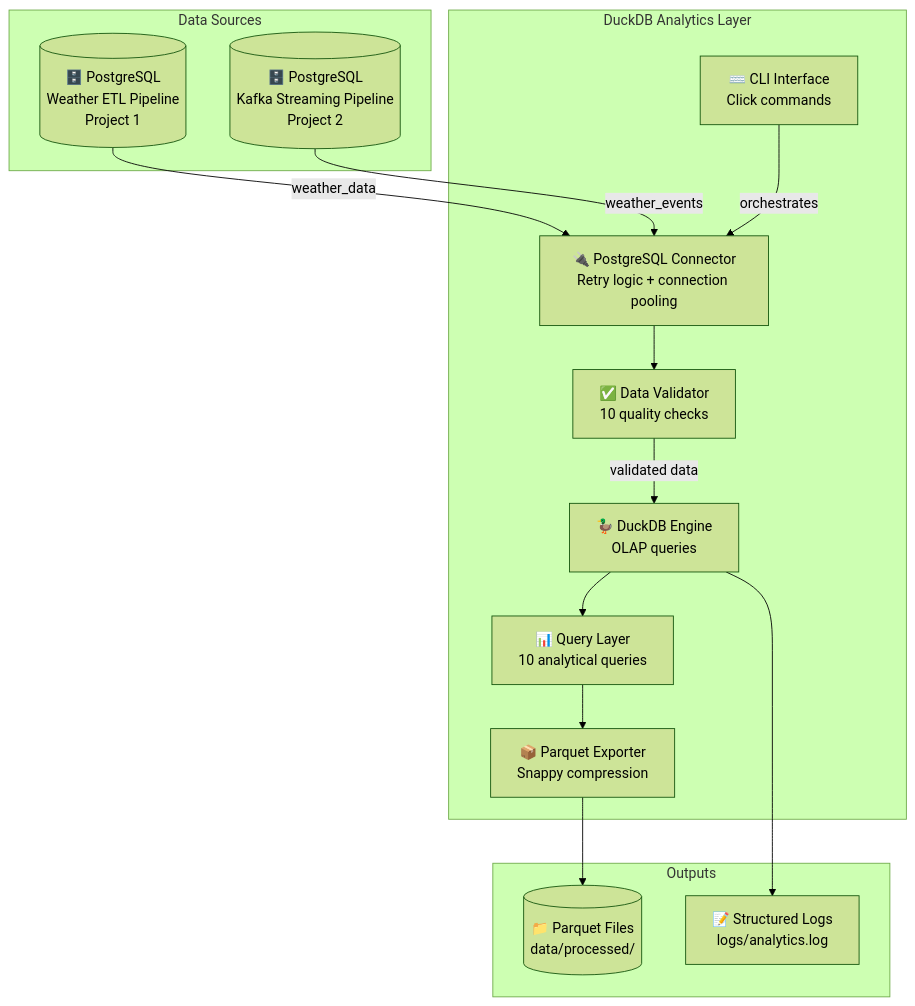
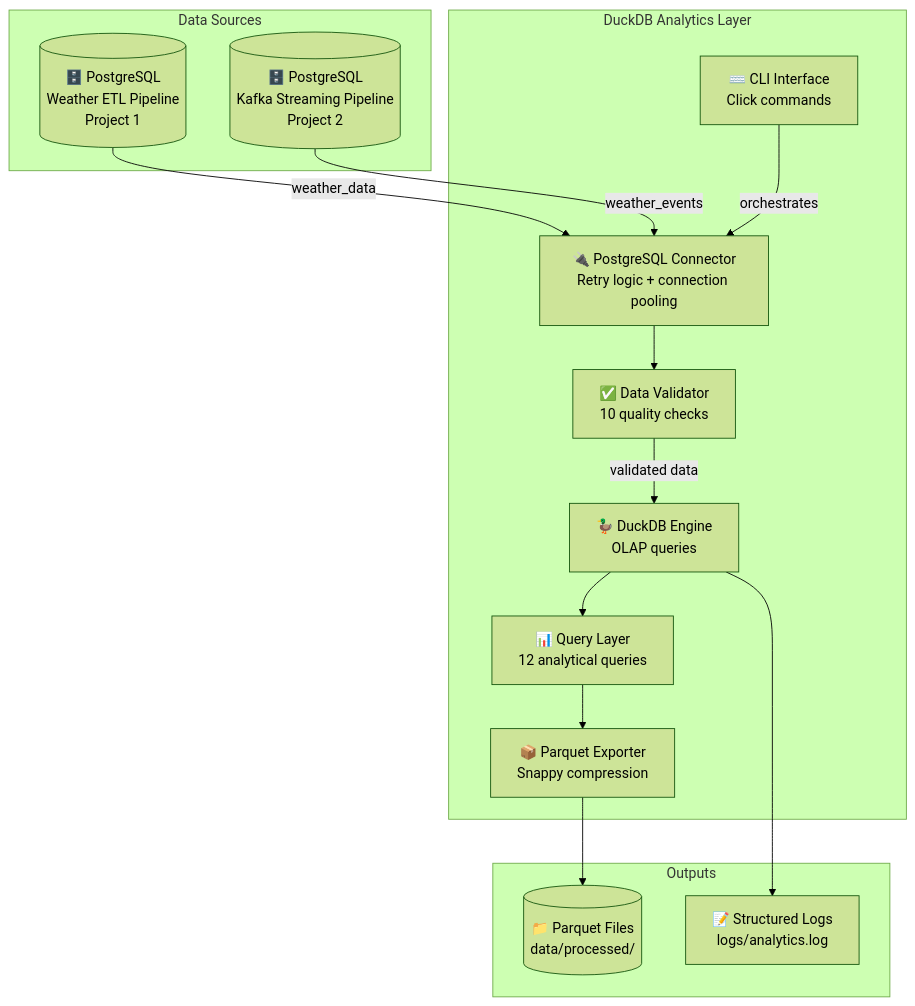
The diagram in README.md (OjongBessongNKONGHO/duckdb-analytics), drawn with Mermaid (forest theme) before and after one commit. The commit also changed other lines of this file and 1 other file, not shown here.

Commit message:
feat: add visibility_impact and hourly_weather_pattern queries (10 to 12 OLAP queries)

````diff
--- a/README.md
+++ b/README.md
@@ -18,31 +18,31 @@
 ```mermaid
 flowchart TD
     subgraph Data Sources
         PG1[(🗄️ PostgreSQL\nWeather ETL Pipeline\nProject 1)]
         PG2[(🗄️ PostgreSQL\nKafka Streaming Pipeline\nProject 2)]
     end
 
     subgraph DuckDB Analytics Layer
         CONN[🔌 PostgreSQL Connector\nRetry logic + connection pooling]
         VAL[✅ Data Validator\n10 quality checks]
         DUCK[🦆 DuckDB Engine\nOLAP queries]
-        QUERY[📊 Query Layer\n10 analytical queries]
+        QUERY[📊 Query Layer\n12 analytical queries]
         EXP[📦 Parquet Exporter\nSnappy compression]
         CLI[⌨️ CLI Interface\nClick commands]
     end
 
     subgraph Outputs
         PARQUET[(📁 Parquet Files\ndata/processed/)]
         LOGS[📝 Structured Logs\nlogs/analytics.log]
     end
 
     PG1 -->|weather_data| CONN
     PG2 -->|weather_events| CONN
     CONN --> VAL
     VAL -->|validated data| DUCK
     DUCK --> QUERY
     QUERY --> EXP
     EXP --> PARQUET
     CLI -->|orchestrates| CONN
     DUCK --> LOGS
 ```
````
